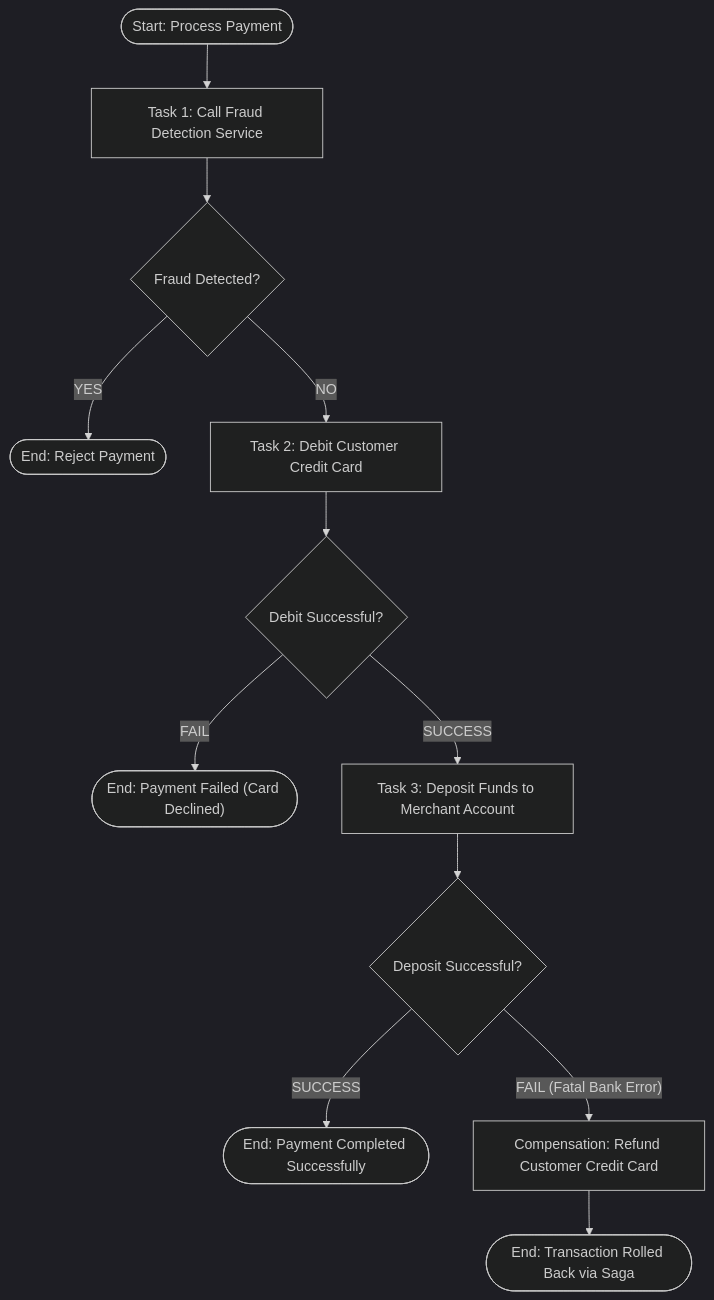
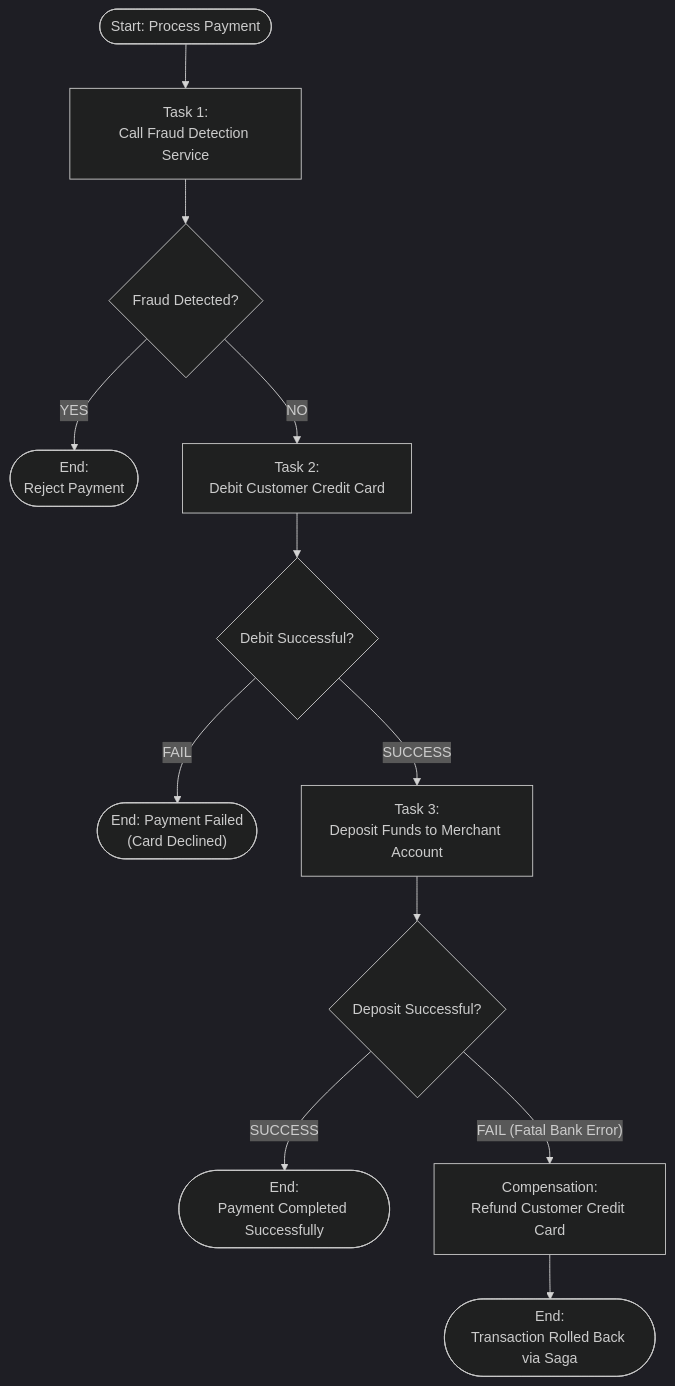
Before and after one commit to 1mimhe/books-summery: the seventh of 8 diagrams in 01 Designing Data-Intensive Applications/chapter-05-encoding-and-evolution.md, drawn with Mermaid (dark theme). The commit also changed other lines of this file and 1 other file, not shown here.

````diff
--- a/01 Designing Data-Intensive Applications/chapter-05-encoding-and-evolution.md
+++ b/01 Designing Data-Intensive Applications/chapter-05-encoding-and-evolution.md
@@ -461,18 +361,14 @@
 ```mermaid
 flowchart TD
-  START(["Start: Process Payment"]) --> T_FRAUD["Task 1: Call Fraud Detection Service"]
-  
+  START(["Start: Process Payment"]) --> T_FRAUD["Task 1:<br/>Call Fraud Detection Service"]
   T_FRAUD --> DEC_FRAUD{"Fraud Detected?"}
-  DEC_FRAUD -->|"YES"| REJECT(["End: Reject Payment"])
-  DEC_FRAUD -->|"NO"| T_DEBIT["Task 2: Debit Customer Credit Card"]
-
+  DEC_FRAUD -->|"YES"| REJECT(["End:<br/>Reject Payment"])
+  DEC_FRAUD -->|"NO"| T_DEBIT["Task 2:<br/>Debit Customer Credit Card"]
   T_DEBIT --> DEC_DEBIT{"Debit Successful?"}
-  DEC_DEBIT -->|"FAIL"| FAIL_DEBIT(["End: Payment Failed (Card Declined)"])
-  DEC_DEBIT -->|"SUCCESS"| T_DEPOSIT["Task 3: Deposit Funds to Merchant Account"]
-
+  DEC_DEBIT -->|"FAIL"| FAIL_DEBIT(["End: Payment Failed<br/>(Card Declined)"])
+  DEC_DEBIT -->|"SUCCESS"| T_DEPOSIT["Task 3:<br/>Deposit Funds to Merchant Account"]
   T_DEPOSIT --> DEC_DEP{"Deposit Successful?"}
-  DEC_DEP -->|"SUCCESS"| COMPLETE(["End: Payment Completed Successfully"])
-  DEC_DEP -->|"FAIL (Fatal Bank Error)"| T_COMP["Compensation: Refund Customer Credit Card"]
-
-  T_COMP --> FAIL_DEP(["End: Transaction Rolled Back via Saga"])
+  DEC_DEP -->|"SUCCESS"| COMPLETE(["End:<br/>Payment Completed Successfully"])
+  DEC_DEP -->|"FAIL (Fatal Bank Error)"| T_COMP["Compensation:<br/>Refund Customer Credit Card"]
+  T_COMP --> FAIL_DEP(["End:<br/>Transaction Rolled Back via Saga"])
 ```
````
